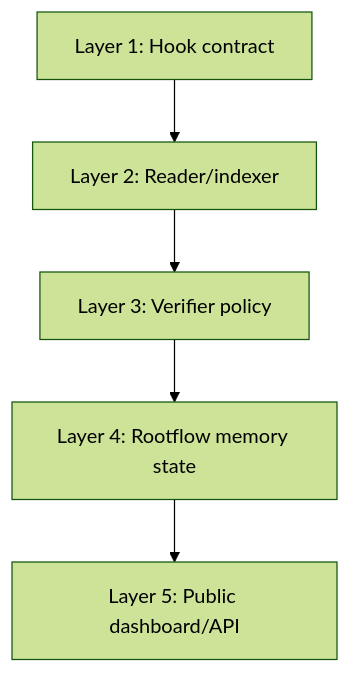
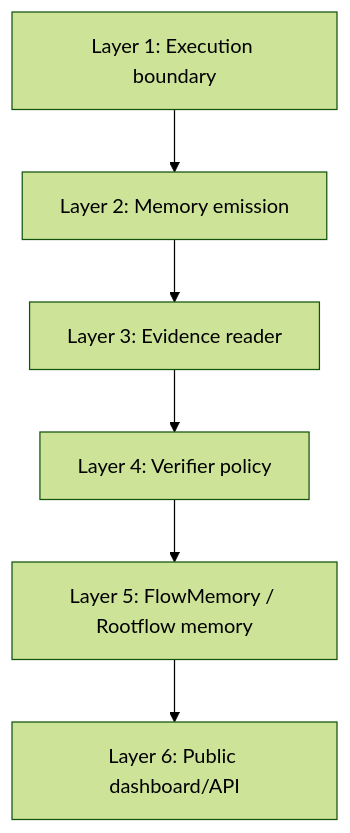
One commit to FlowmemoryAI/flowmemory-uniswap-v4-hooks changed the first of 3 diagrams in docs/INTEGRATION_BLUEPRINT.md. Above: the diagram before and after it, drawn with Mermaid (forest theme). The commit also changed other lines of this file and 22 other files, not shown here.

Commit message:
Reposition hook repo as memory-native primitive

````diff
--- a/docs/INTEGRATION_BLUEPRINT.md
+++ b/docs/INTEGRATION_BLUEPRINT.md
@@ -7,10 +11,11 @@
 ```mermaid
 flowchart TB
-    L1["Layer 1: Hook contract"]
-    L2["Layer 2: Reader/indexer"]
-    L3["Layer 3: Verifier policy"]
-    L4["Layer 4: Rootflow memory state"]
-    L5["Layer 5: Public dashboard/API"]
+    L1["Layer 1: Execution boundary"]
+    L2["Layer 2: Memory emission"]
+    L3["Layer 3: Evidence reader"]
+    L4["Layer 4: Verifier policy"]
+    L5["Layer 5: FlowMemory / Rootflow memory"]
+    L6["Layer 6: Public dashboard/API"]
 
-    L1 --> L2 --> L3 --> L4 --> L5
+    L1 --> L2 --> L3 --> L4 --> L5 --> L6
 ```
````
